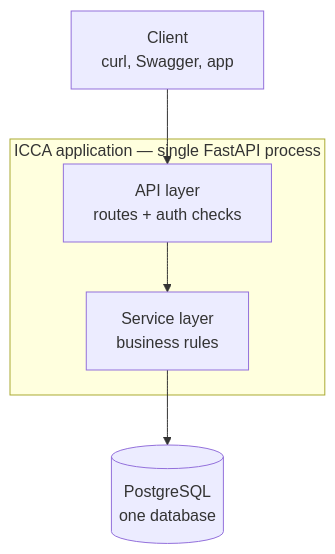
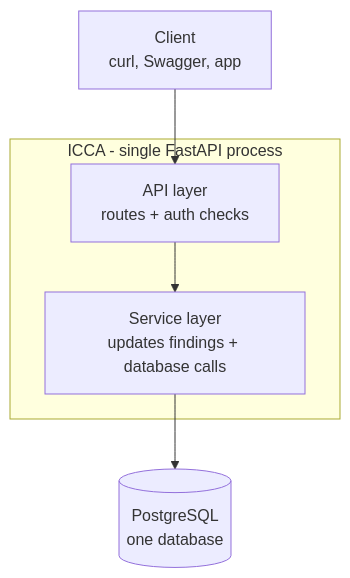
Before and after one commit to JohnMartin0301/ICCA-INFRASTRUCTURE-CONFIGURATION-COMPLIANCE-API: the diagram in README.md, drawn with Mermaid.

Commit message:
docs: fix README architecture diagram display

````diff
--- a/README.md
+++ b/README.md
@@ -19,15 +19,10 @@
 ```mermaid
 flowchart TD
-    Client["Client<br/>curl, Swagger, app"]
-    
-    subgraph ICCA["ICCA application — single FastAPI process"]
-        API["API layer<br/>routes + auth checks"]
-        Service["Service layer<br/>business rules"]
-        API --> Service
+    Client["Client<br/>curl, Swagger, app"] --> API[API layer]
+
+    subgraph ICCA[ICCA - single FastAPI process]
+        API["API layer<br/>routes + auth checks"] --> Service["Service layer<br/>updates findings + database calls"]
     end
-    
-    DB[("PostgreSQL<br/>one database")]
 
-    Client --> API
-    Service --> DB
+    Service --> DB[("PostgreSQL<br/>one database")]
 ```
````
